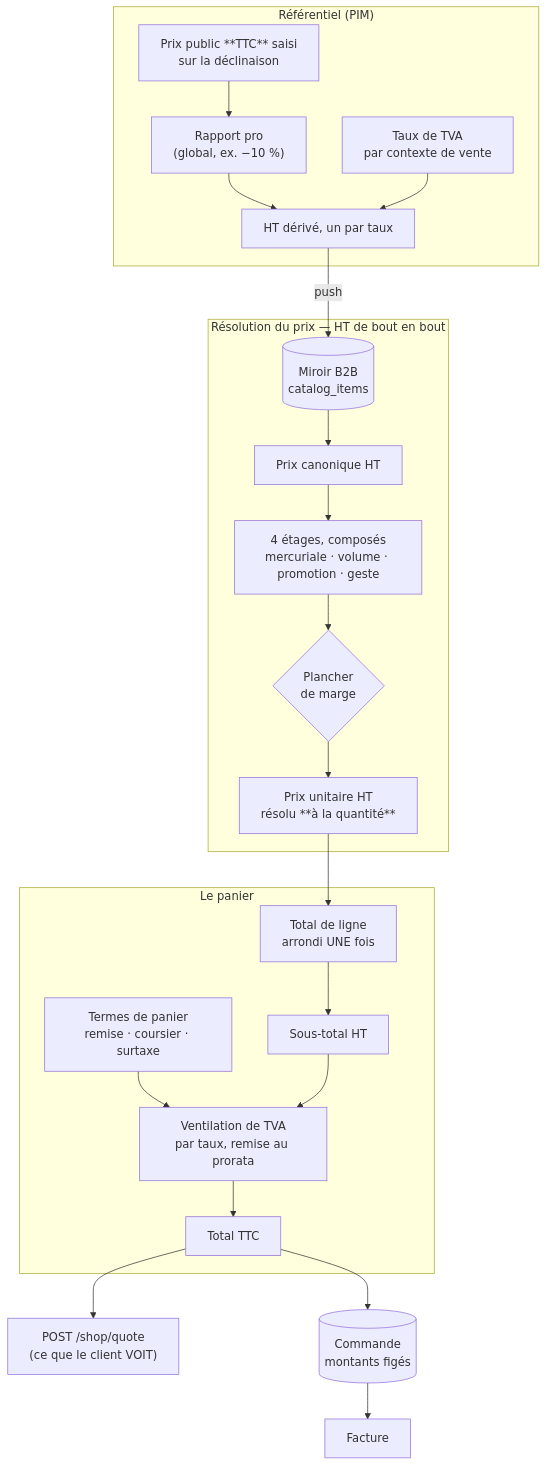
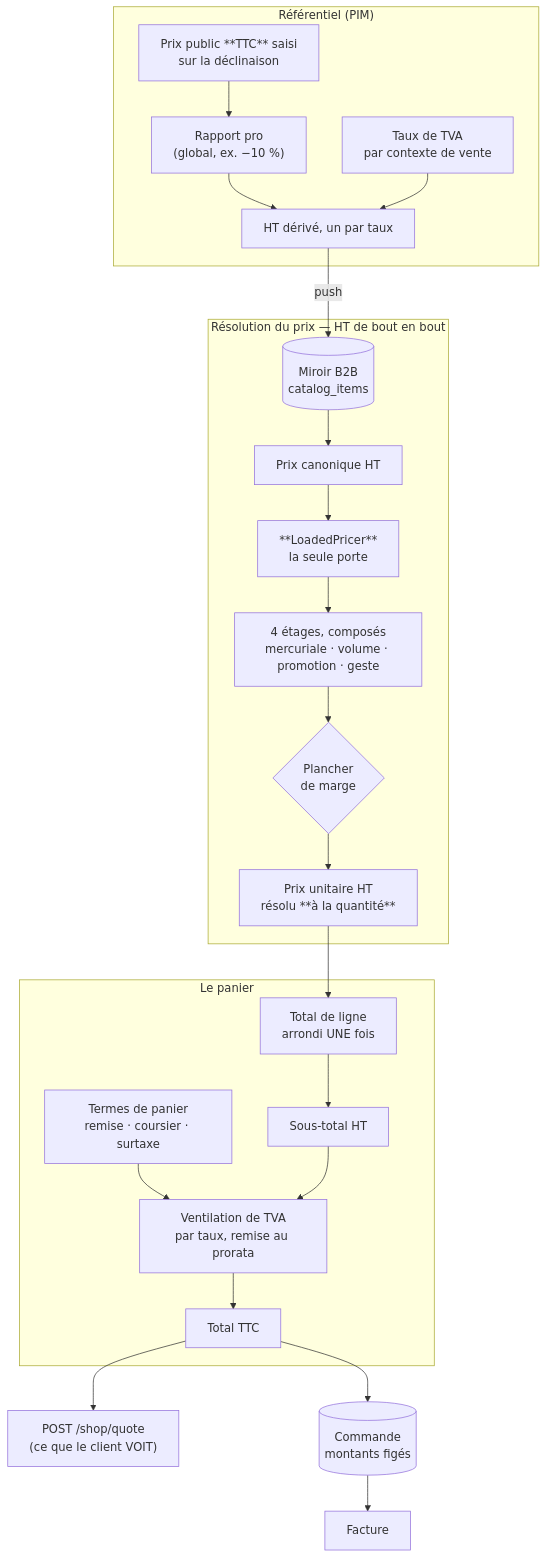
Before and after one commit to hugoheynard/lfd: the diagram in documentation/pricing/README.md, drawn with Mermaid. The commit also changed other lines of this file and 10 other files, not shown here.

````diff
--- a/documentation/pricing/README.md
+++ b/documentation/pricing/README.md
@@ -16,31 +24,32 @@
 ```mermaid
 flowchart TD
   subgraph PIM["Référentiel (PIM)"]
     Saisie["Prix public **TTC** saisi<br/>sur la déclinaison"]
     Rapport["Rapport pro<br/>(global, ex. −10 %)"]
     Taux["Taux de TVA<br/>par contexte de vente"]
     Saisie --> Rapport --> Derive["HT dérivé, un par taux"]
     Taux --> Derive
   end
 
   Derive -->|push| Miroir[("Miroir B2B<br/>catalog_items")]
 
   subgraph Resolution["Résolution du prix — HT de bout en bout"]
     Miroir --> Canonique["Prix canonique HT"]
-    Canonique --> Etages["4 étages, composés<br/>mercuriale · volume · promotion · geste"]
+    Canonique --> Pricer["**LoadedPricer**<br/>la seule porte"]
+    Pricer --> Etages["4 étages, composés<br/>mercuriale · volume · promotion · geste"]
     Etages --> Plancher{"Plancher<br/>de marge"}
     Plancher --> Unitaire["Prix unitaire HT<br/>résolu **à la quantité**"]
   end
 
   subgraph Panier["Le panier"]
     Unitaire --> Ligne["Total de ligne<br/>arrondi UNE fois"]
     Ligne --> SousTotal["Sous-total HT"]
     Termes["Termes de panier<br/>remise · coursier · surtaxe"] --> Vent
     SousTotal --> Vent["Ventilation de TVA<br/>par taux, remise au prorata"]
     Vent --> Total["Total TTC"]
   end
 
   Total --> Devis["POST /shop/quote<br/>(ce que le client VOIT)"]
   Total --> Commande[("Commande<br/>montants figés")]
   Commande --> Facture["Facture"]
 ```
````
